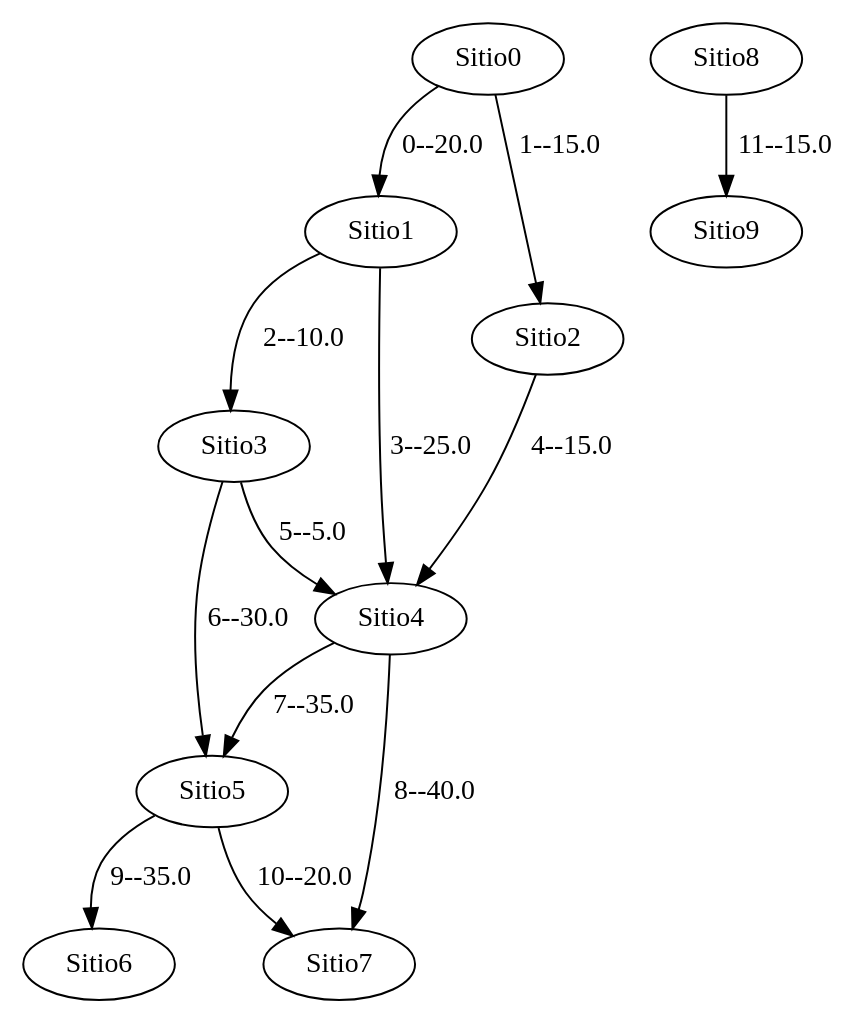
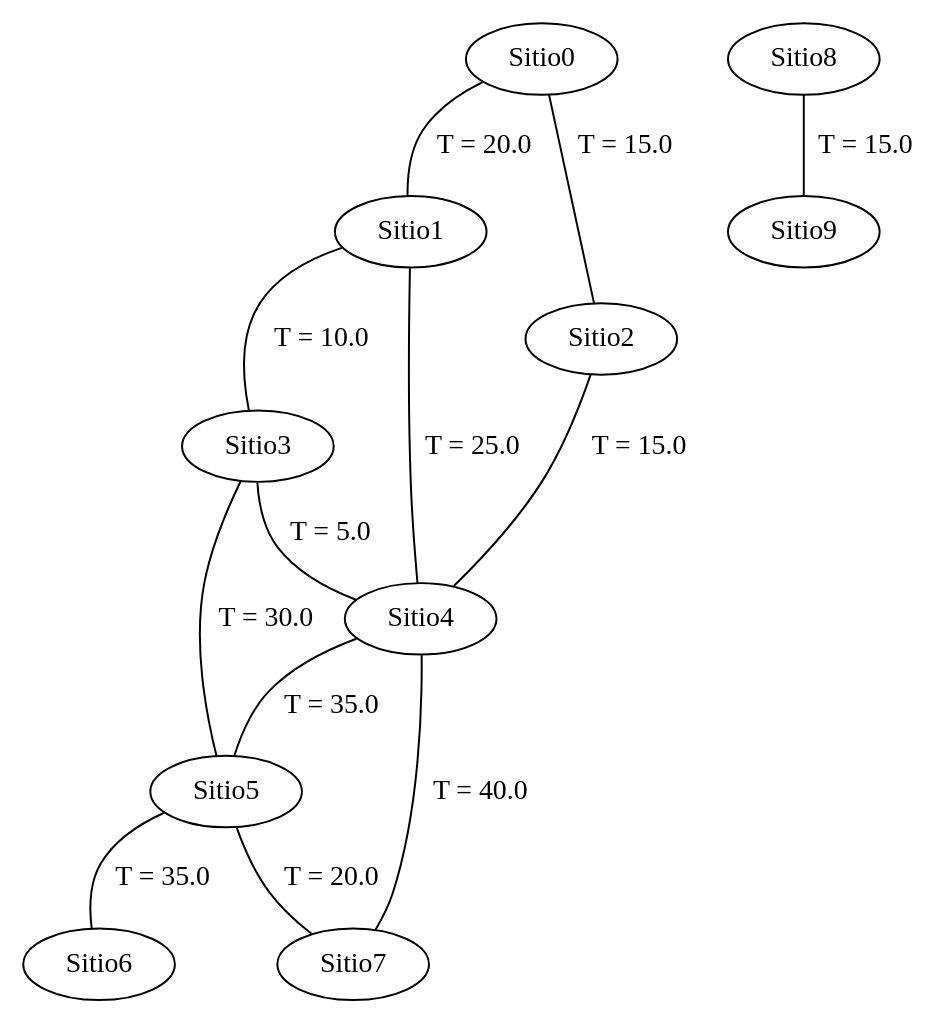
Before and after one commit to enriquebarba97/Practicas-Individuales-ADDA: the diagram in PI3_3_enrbarroq/ficheros/grafo1.gv, drawn with Graphviz. The commit also changed 2 other files, not shown here.

```diff
--- a/PI3_3_enrbarroq/ficheros/grafo1.gv
+++ b/PI3_3_enrbarroq/ficheros/grafo1.gv
@@ -1,24 +1,24 @@
-strict digraph G {
+strict graph G {
   1 [ label="Sitio0" ];
   2 [ label="Sitio1" ];
   3 [ label="Sitio2" ];
   4 [ label="Sitio3" ];
   5 [ label="Sitio4" ];
   6 [ label="Sitio5" ];
   7 [ label="Sitio6" ];
   8 [ label="Sitio7" ];
   9 [ label="Sitio8" ];
   10 [ label="Sitio9" ];
-  1 -> 2 [ label="0--20.0" ];
-  1 -> 3 [ label="1--15.0" ];
-  2 -> 4 [ label="2--10.0" ];
-  2 -> 5 [ label="3--25.0" ];
-  3 -> 5 [ label="4--15.0" ];
-  4 -> 5 [ label="5--5.0" ];
-  4 -> 6 [ label="6--30.0" ];
-  5 -> 6 [ label="7--35.0" ];
-  5 -> 8 [ label="8--40.0" ];
-  6 -> 7 [ label="9--35.0" ];
-  6 -> 8 [ label="10--20.0" ];
-  9 -> 10 [ label="11--15.0" ];
+  1 -- 2 [ label="T = 20.0" ];
+  1 -- 3 [ label="T = 15.0" ];
+  2 -- 4 [ label="T = 10.0" ];
+  2 -- 5 [ label="T = 25.0" ];
+  3 -- 5 [ label="T = 15.0" ];
+  4 -- 5 [ label="T = 5.0" ];
+  4 -- 6 [ label="T = 30.0" ];
+  5 -- 6 [ label="T = 35.0" ];
+  5 -- 8 [ label="T = 40.0" ];
+  6 -- 7 [ label="T = 35.0" ];
+  6 -- 8 [ label="T = 20.0" ];
+  9 -- 10 [ label="T = 15.0" ];
 }
```
